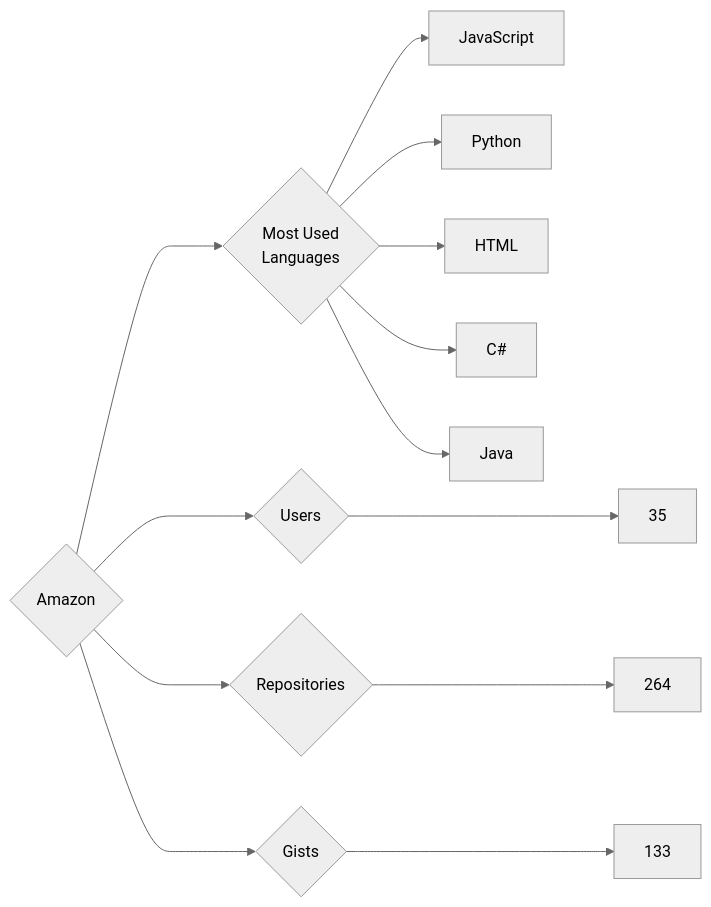
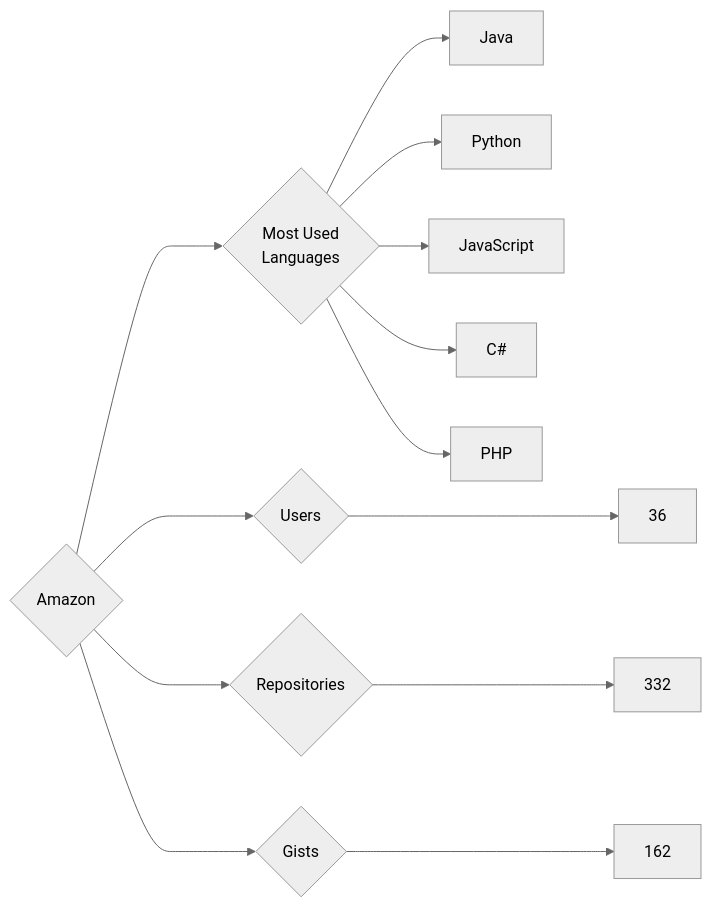
One commit to trickest/insiders changed the diagram in targets/Amazon/README.md. Above: the diagram before and after it, drawn with Mermaid (neutral theme). The commit also changed 715 other files, not shown here.

````diff
--- a/targets/Amazon/README.md
+++ b/targets/Amazon/README.md
@@ -3,13 +3,13 @@
 ```mermaid
 graph LR
 COMPANY_NAME{Amazon}
-COMPANY_NAME ---> U{Users} ---> UN[35]
-COMPANY_NAME ---> R{Repositories} ---> RN[264]
-COMPANY_NAME ---> G{Gists} ---> GN[133]
+COMPANY_NAME ---> U{Users} ---> UN[36]
+COMPANY_NAME ---> R{Repositories} ---> RN[332]
+COMPANY_NAME ---> G{Gists} ---> GN[162]
 COMPANY_NAME ---> ML{Most Used<br>Languages}
+ML --> Java[Java]
+ML --> Python[Python]
 ML --> JavaScript[JavaScript]
-ML --> Python[Python]
-ML --> HTML[HTML]
 ML --> C#[C#]
-ML --> Java[Java]
+ML --> PHP[PHP]
 ```
````
